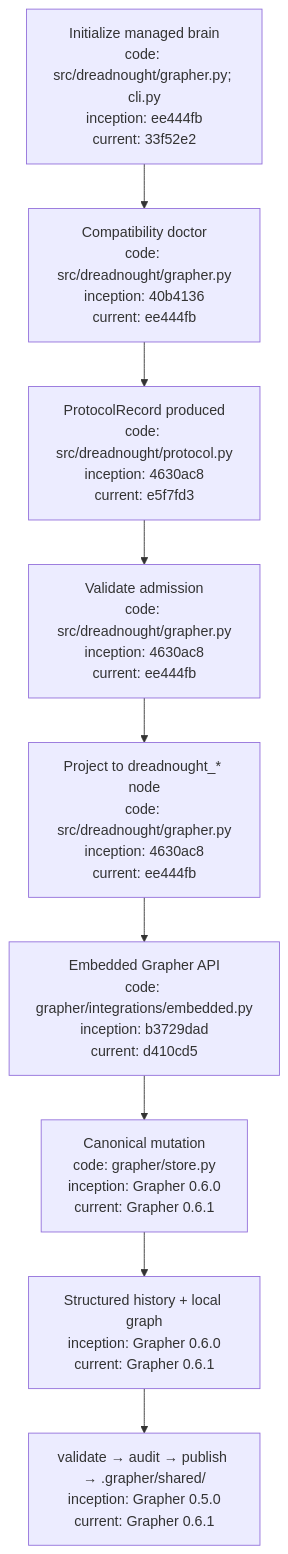
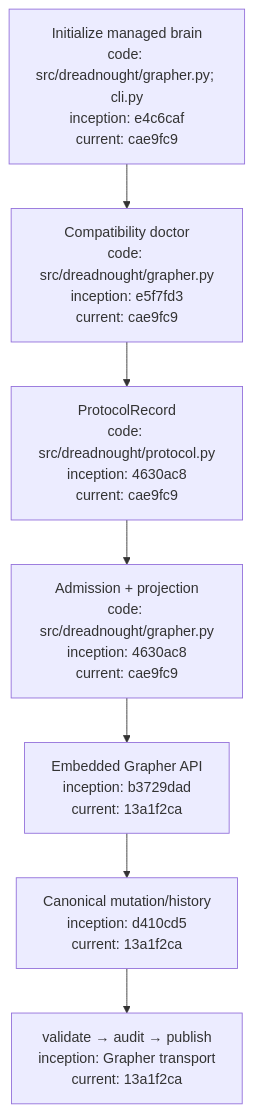
One commit to seanbman/dreadnought changed the second of 2 diagrams in docs/GRAPHER_INTEGRATION.md. Above: the diagram before and after it, drawn with Mermaid. The commit also changed other lines of this file and 5 other files, not shown here.

````diff
--- a/docs/GRAPHER_INTEGRATION.md
+++ b/docs/GRAPHER_INTEGRATION.md
@@ -92,11 +78,9 @@
 ```mermaid
 flowchart TD
-    I["Initialize managed brain\ncode: src/dreadnought/grapher.py; cli.py\ninception: ee444fb\ncurrent: 33f52e2"] --> C["Compatibility doctor\ncode: src/dreadnought/grapher.py\ninception: 40b4136\ncurrent: ee444fb"]
-    C --> P["ProtocolRecord produced\ncode: src/dreadnought/protocol.py\ninception: 4630ac8\ncurrent: e5f7fd3"]
-    P --> V["Validate admission\ncode: src/dreadnought/grapher.py\ninception: 4630ac8\ncurrent: ee444fb"]
-    V --> X["Project to dreadnought_* node\ncode: src/dreadnought/grapher.py\ninception: 4630ac8\ncurrent: ee444fb"]
-    X --> E["Embedded Grapher API\ncode: grapher/integrations/embedded.py\ninception: b3729dad\ncurrent: d410cd5"]
-    E --> M["Canonical mutation\ncode: grapher/store.py\ninception: Grapher 0.6.0\ncurrent: Grapher 0.6.1"]
-    M --> H["Structured history + local graph\ninception: Grapher 0.6.0\ncurrent: Grapher 0.6.1"]
-    H --> S["validate → audit → publish → .grapher/shared/\ninception: Grapher 0.5.0\ncurrent: Grapher 0.6.1"]
+    I["Initialize managed brain\ncode: src/dreadnought/grapher.py; cli.py\ninception: e4c6caf\ncurrent: cae9fc9"] --> C["Compatibility doctor\ncode: src/dreadnought/grapher.py\ninception: e5f7fd3\ncurrent: cae9fc9"]
+    C --> P["ProtocolRecord\ncode: src/dreadnought/protocol.py\ninception: 4630ac8\ncurrent: cae9fc9"]
+    P --> V["Admission + projection\ncode: src/dreadnought/grapher.py\ninception: 4630ac8\ncurrent: cae9fc9"]
+    V --> E["Embedded Grapher API\ninception: b3729dad\ncurrent: 13a1f2ca"]
+    E --> M["Canonical mutation/history\ninception: d410cd5\ncurrent: 13a1f2ca"]
+    M --> S["validate → audit → publish\ninception: Grapher transport\ncurrent: 13a1f2ca"]
 ```
````
